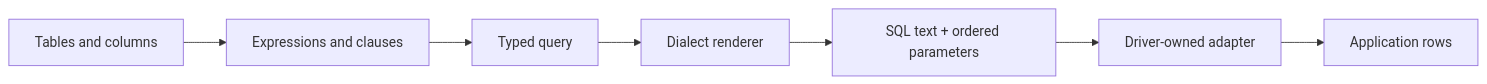
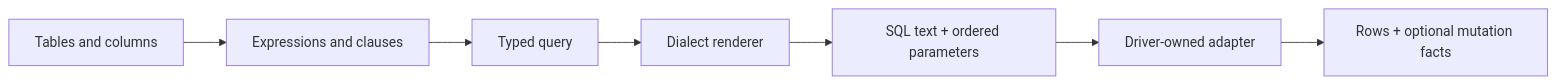
One commit to aleclarson/qubu changed the diagram in docs/index.md. Above: the diagram before and after it, drawn with Mermaid. The commit also changed other lines of this file and 13 other files, not shown here.

````diff
--- a/docs/index.md
+++ b/docs/index.md
@@ -50,9 +50,9 @@
 ```mermaid
 flowchart LR
 A["Tables and columns"] --> B["Expressions and clauses"]
 B --> C["Typed query"]
 C --> D["Dialect renderer"]
 D --> E["SQL text + ordered parameters"]
 E --> F["Driver-owned adapter"]
-F --> G["Application rows"]
+F --> G["Rows + optional mutation facts"]
 ```
````
